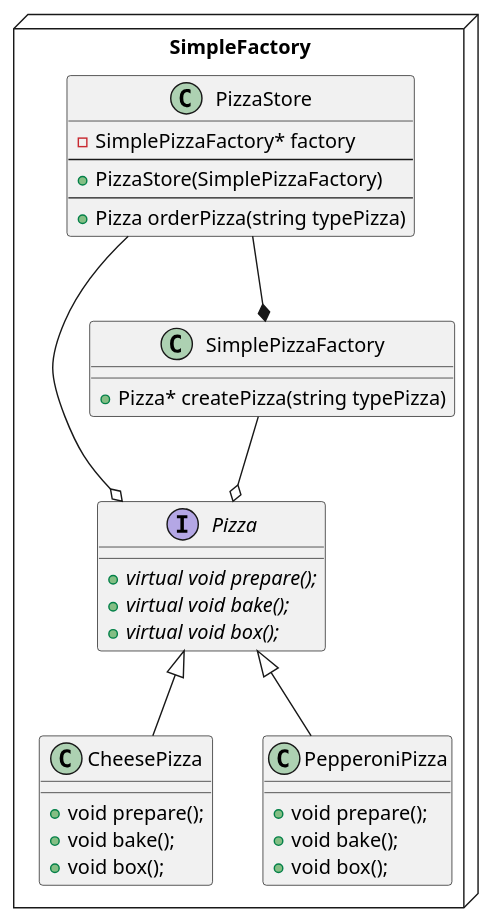
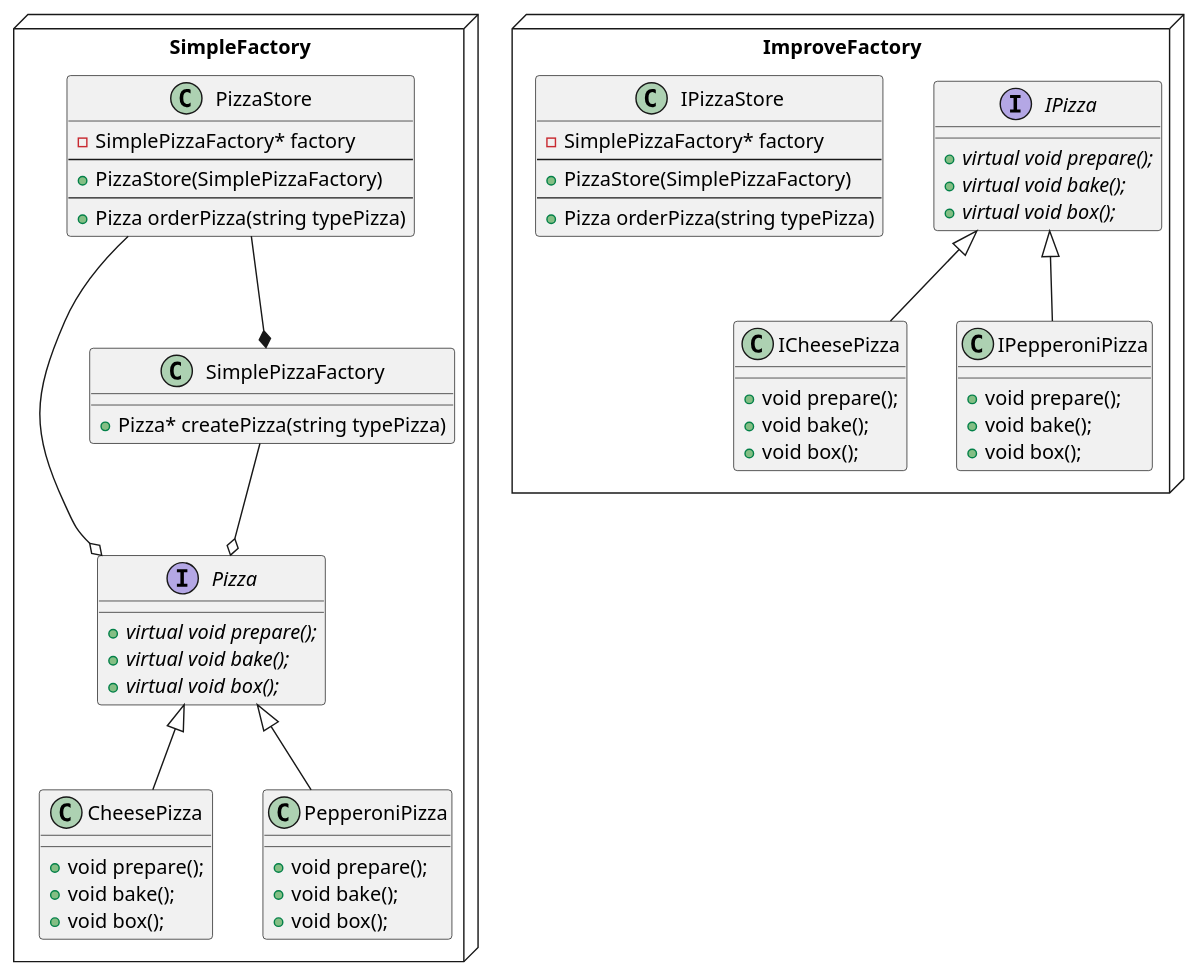
One commit to ilinevgeny/patterns_library changed the diagram in cpp/fabrica/fabrica.puml. Above: the diagram before and after it, drawn with PlantUML. The commit also changed 4 other files, not shown here.

```diff
--- a/cpp/fabrica/fabrica.puml
+++ b/cpp/fabrica/fabrica.puml
@@ -1,48 +1,84 @@
 @startuml
 allowmixing
 package SimpleFactory <<Node>>
 {
     interface Pizza
     {
         + {abstract} virtual void prepare();
         + {abstract} virtual void bake();
         + {abstract} virtual void box();
     }
 
     class CheesePizza
     {
        + void prepare();
        + void bake();
        + void box();
     }
 
     class PepperoniPizza
     {
        + void prepare();
        + void bake();
        + void box();
     }
 
     Pizza <|-- CheesePizza
     Pizza <|-- PepperoniPizza
 
     class SimplePizzaFactory
     {
         + Pizza* createPizza(string typePizza)
     }
 
     class PizzaStore
     {
         - SimplePizzaFactory* factory
         --
         + PizzaStore(SimplePizzaFactory)
         --
         + Pizza orderPizza(string typePizza)
     }
 
     PizzaStore --* SimplePizzaFactory
     'PizzaStore --o SimplePizzaFactory
     PizzaStore --o Pizza
     SimplePizzaFactory --o Pizza
 }
+allowmixing
+package ImproveFactory <<Node>>
+{
+    interface IPizza
+        {
+            + {abstract} virtual void prepare();
+            + {abstract} virtual void bake();
+            + {abstract} virtual void box();
+        }
+
+        class ICheesePizza
+        {
+           + void prepare();
+           + void bake();
+           + void box();
+        }
+
+        class IPepperoniPizza
+        {
+           + void prepare();
+           + void bake();
+           + void box();
+        }
+
+         IPizza <|-- ICheesePizza
+         IPizza <|-- IPepperoniPizza
+
+        class IPizzaStore
+           {
+               - SimplePizzaFactory* factory
+               --
+               + PizzaStore(SimplePizzaFactory)
+               --
+               + Pizza orderPizza(string typePizza)
+           }
+}
 @enduml
```
